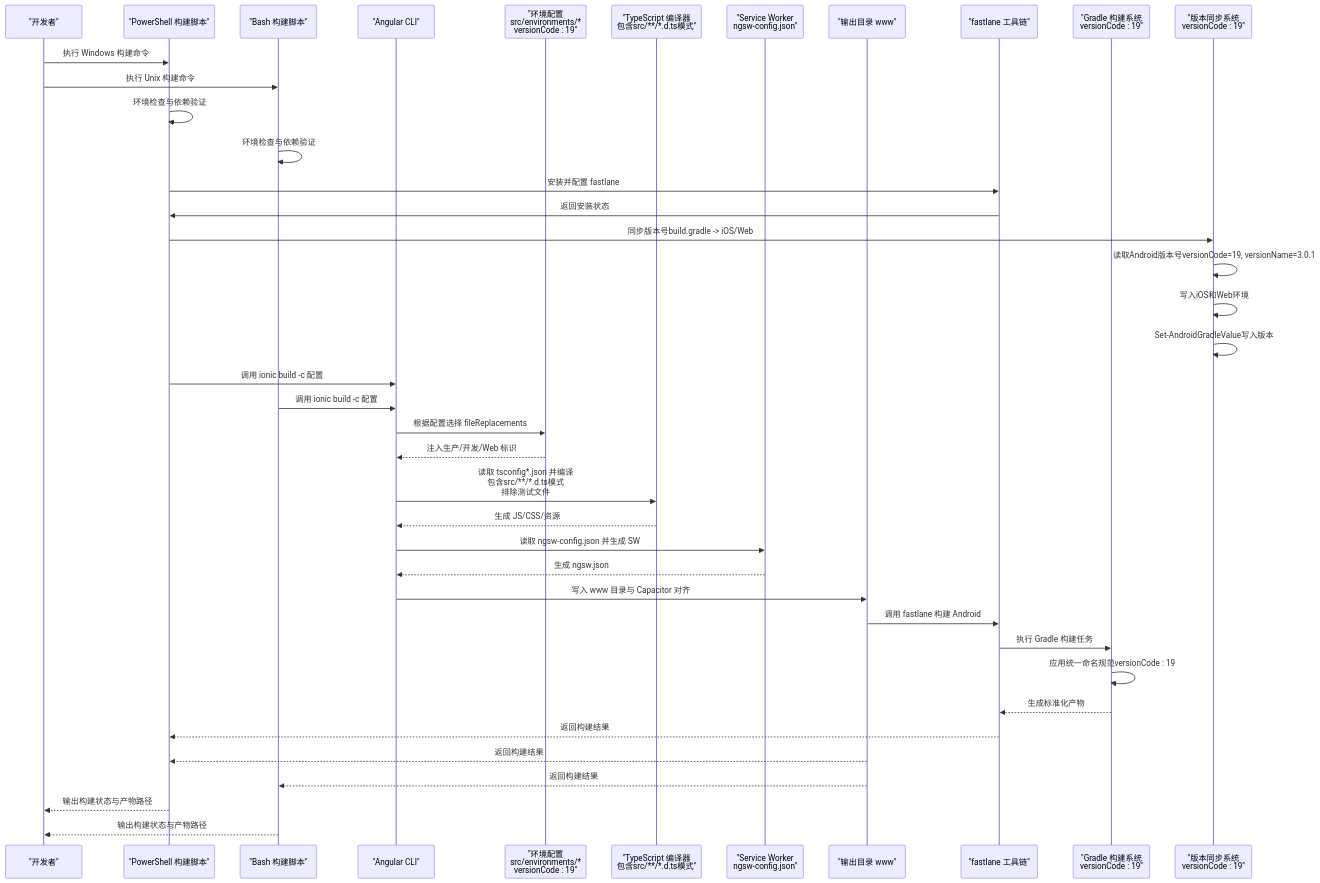
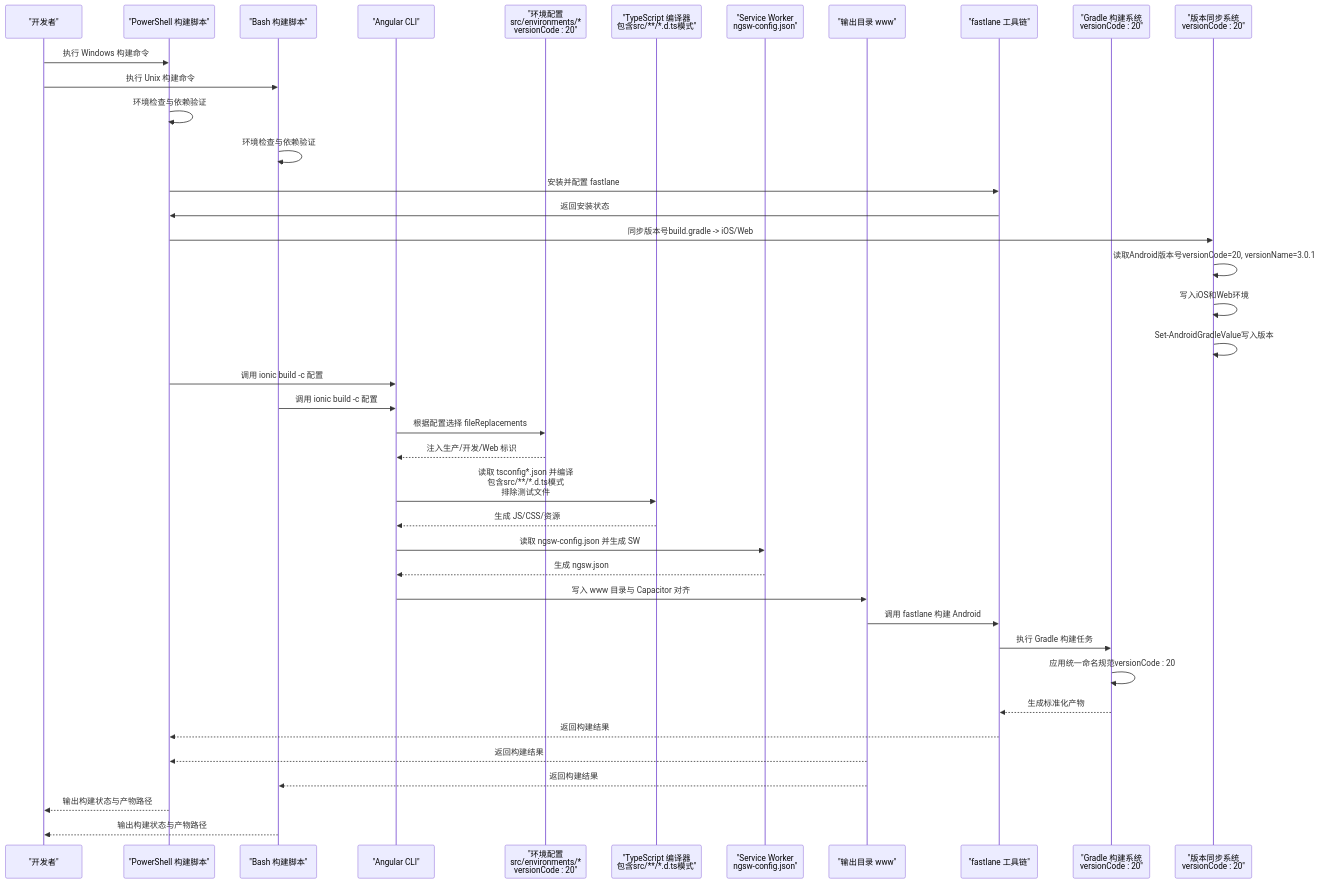
Before and after one commit to tea4go/Macro-Deck-Client-App: the second of 6 diagrams in .qoder/repowiki/zh/content/构建与部署/构建配置.md, drawn with Mermaid. The commit also changed other lines of this file and 55 other files, not shown here.

````diff
--- a/.qoder/repowiki/zh/content/构建与部署/构建配置.md
+++ b/.qoder/repowiki/zh/content/构建与部署/构建配置.md
@@ -194,42 +194,42 @@
 ```mermaid
 sequenceDiagram
 participant Dev as "开发者"
 participant WinPS as "PowerShell 构建脚本"
 participant UnixSh as "Bash 构建脚本"
 participant CLI as "Angular CLI"
-participant Env as "环境配置<br/>src/environments/*<br/>versionCode : 19"
+participant Env as "环境配置<br/>src/environments/*<br/>versionCode : 20"
 participant TS as "TypeScript 编译器<br/>包含src/**/*.d.ts模式"
 participant SW as "Service Worker<br/>ngsw-config.json"
 participant Out as "输出目录 www"
 participant Fastlane as "fastlane 工具链"
-participant Gradle as "Gradle 构建系统<br/>versionCode : 19"
-participant VersionSync as "版本同步系统<br/>versionCode : 19"
+participant Gradle as "Gradle 构建系统<br/>versionCode : 20"
+participant VersionSync as "版本同步系统<br/>versionCode : 20"
 Dev->>WinPS : 执行 Windows 构建命令
 Dev->>UnixSh : 执行 Unix 构建命令
 WinPS->>WinPS : 环境检查与依赖验证
 UnixSh->>UnixSh : 环境检查与依赖验证
 WinPS->>Fastlane : 安装并配置 fastlane
 Fastlane->>WinPS : 返回安装状态
 WinPS->>VersionSync : 同步版本号build.gradle -> iOS/Web
-VersionSync->>VersionSync : 读取Android版本号versionCode=19, versionName=3.0.1
+VersionSync->>VersionSync : 读取Android版本号versionCode=20, versionName=3.0.1
 VersionSync->>VersionSync : 写入iOS和Web环境
 VersionSync->>VersionSync : Set-AndroidGradleValue写入版本
 WinPS->>CLI : 调用 ionic build -c 配置
 UnixSh->>CLI : 调用 ionic build -c 配置
 CLI->>Env : 根据配置选择 fileReplacements
 Env-->>CLI : 注入生产/开发/Web 标识
 CLI->>TS : 读取 tsconfig*.json 并编译<br/>包含src/**/*.d.ts模式<br/>排除测试文件
 TS-->>CLI : 生成 JS/CSS/资源
 CLI->>SW : 读取 ngsw-config.json 并生成 SW
 SW-->>CLI : 生成 ngsw.json
 CLI->>Out : 写入 www 目录与 Capacitor 对齐
 Out->>Fastlane : 调用 fastlane 构建 Android
 Fastlane->>Gradle : 执行 Gradle 构建任务
-Gradle->>Gradle : 应用统一命名规范versionCode : 19
+Gradle->>Gradle : 应用统一命名规范versionCode : 20
 Gradle-->>Fastlane : 生成标准化产物
 Fastlane-->>WinPS : 返回构建结果
 Out-->>WinPS : 返回构建结果
 Out-->>UnixSh : 返回构建结果
 WinPS-->>Dev : 输出构建状态与产物路径
 UnixSh-->>Dev : 输出构建状态与产物路径
 ```
````
